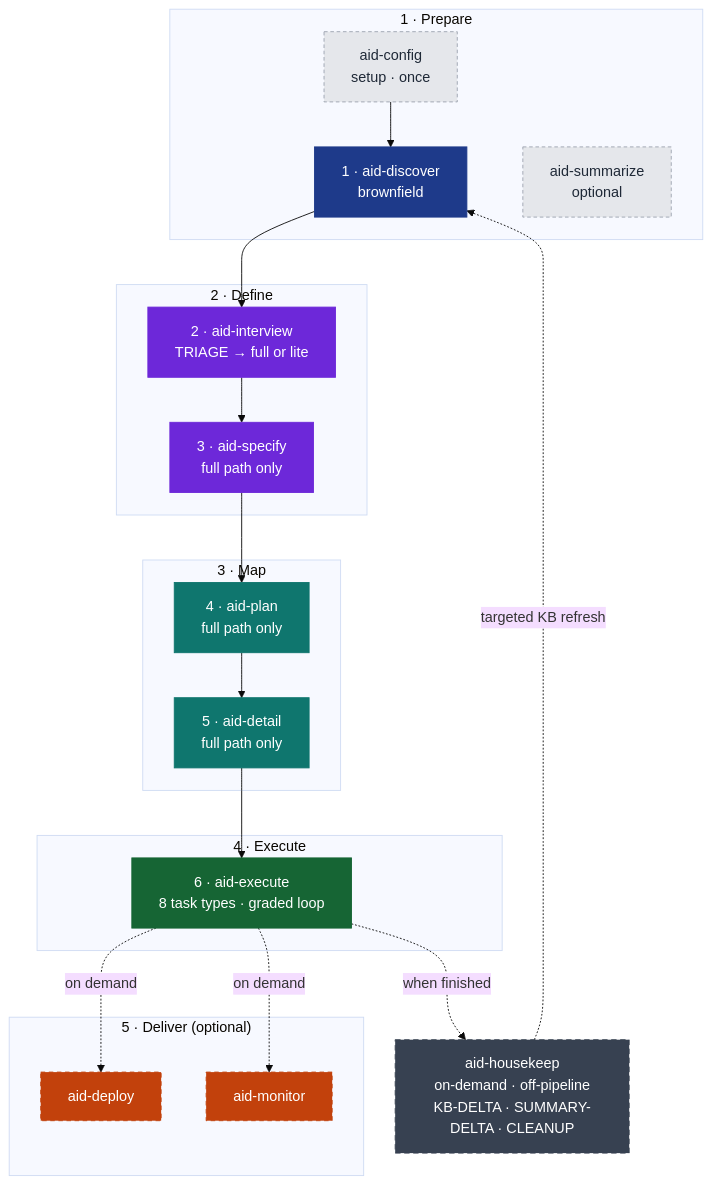
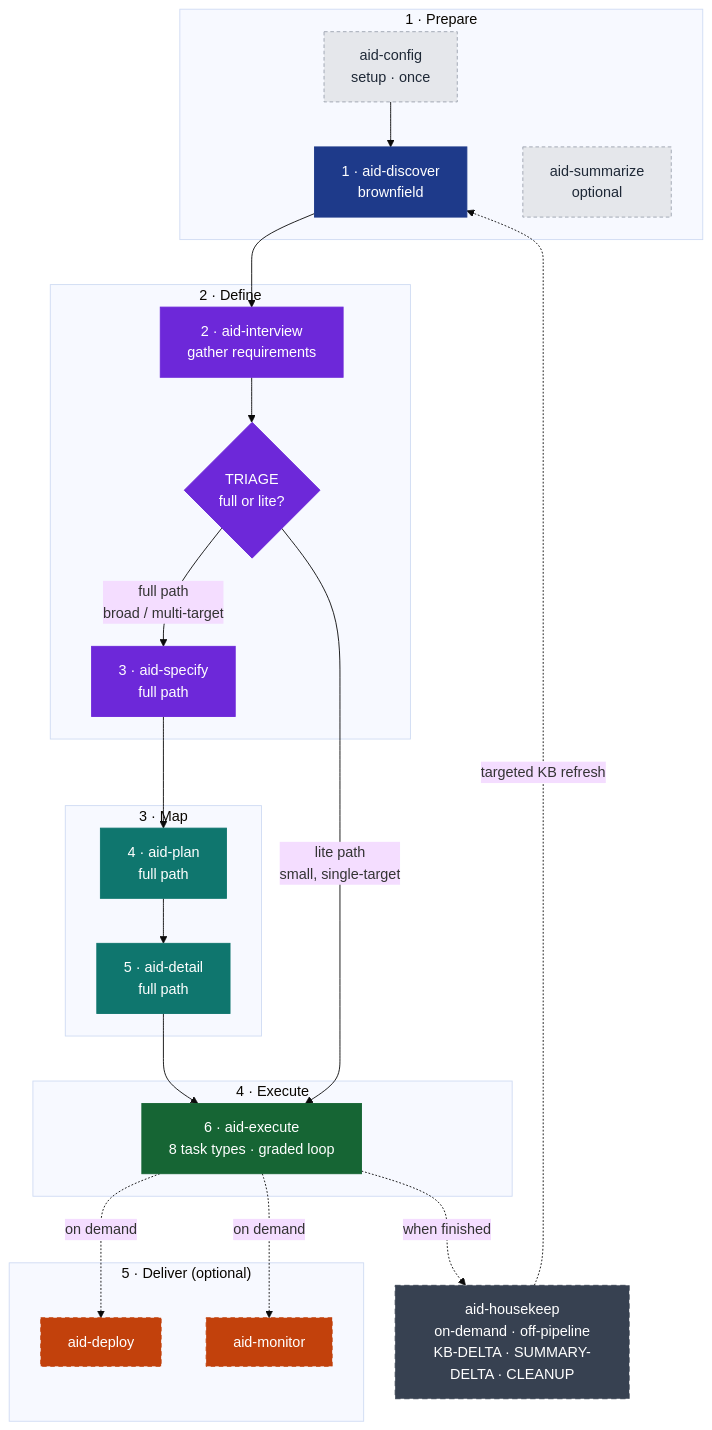
One commit to AndreVianna/aid-methodology changed the diagram in README.md. Above: the diagram before and after it, drawn with Mermaid (base theme).

Commit message:
docs(README): show the lite path in the pipeline diagram via a TRIAGE decision diamond
aid-interview -> TRIAGE{full or lite?} -> full path (specify->plan->detail->execute) OR
lite path (straight to execute, skipping Map). Aligns aid-plan/detail subtitles to 'full path'.

````diff
--- a/README.md
+++ b/README.md
@@ -15,39 +15,42 @@
 ```mermaid
 flowchart TB
     classDef prep    fill:#1E3A8A,stroke:#1E3A8A,color:#ffffff
     classDef def     fill:#6D28D9,stroke:#6D28D9,color:#ffffff
     classDef map     fill:#0F766E,stroke:#0F766E,color:#ffffff
     classDef exe     fill:#166534,stroke:#166534,color:#ffffff
     classDef delopt  fill:#C2410C,stroke:#C2410C,color:#ffffff,stroke-dasharray:5 4
     classDef aux     fill:#E5E7EB,stroke:#9CA3AF,color:#1F2937,stroke-dasharray:4 3
     classDef offpipe fill:#374151,stroke:#374151,color:#ffffff,stroke-dasharray:6 4
 
     subgraph G1[" 1 · Prepare "]
         Init["aid-config<br/>setup · once"]:::aux
         Disc["1 · aid-discover<br/>brownfield"]:::prep
         Sum["aid-summarize<br/>optional"]:::aux
     end
     subgraph G2[" 2 · Define "]
-        Intv["2 · aid-interview<br/>TRIAGE → full or lite"]:::def
-        Spec["3 · aid-specify<br/>full path only"]:::def
+        Intv["2 · aid-interview<br/>gather requirements"]:::def
+        Triage{"TRIAGE<br/>full or lite?"}:::def
+        Spec["3 · aid-specify<br/>full path"]:::def
     end
     subgraph G3[" 3 · Map "]
-        Plan["4 · aid-plan<br/>full path only"]:::map
-        Det["5 · aid-detail<br/>full path only"]:::map
+        Plan["4 · aid-plan<br/>full path"]:::map
+        Det["5 · aid-detail<br/>full path"]:::map
     end
     subgraph G4[" 4 · Execute "]
         Exe["6 · aid-execute<br/>8 task types · graded loop"]:::exe
     end
     subgraph G5[" 5 · Deliver (optional) "]
         Dep["aid-deploy"]:::delopt
         Mon["aid-monitor"]:::delopt
     end
 
     HK["aid-housekeep<br/>on-demand · off-pipeline<br/>KB-DELTA · SUMMARY-DELTA · CLEANUP"]:::offpipe
 
-    Init --> Disc --> Intv --> Spec --> Plan --> Det --> Exe
+    Init --> Disc --> Intv --> Triage
+    Triage -- "full path<br/>broad / multi-target" --> Spec --> Plan --> Det --> Exe
+    Triage -- "lite path<br/>small, single-target" --> Exe
     Exe -. "on demand" .-> Dep
     Exe -. "on demand" .-> Mon
     Exe -. "when finished" .-> HK
     HK  -. "targeted KB refresh" .-> Disc
 ```
````
